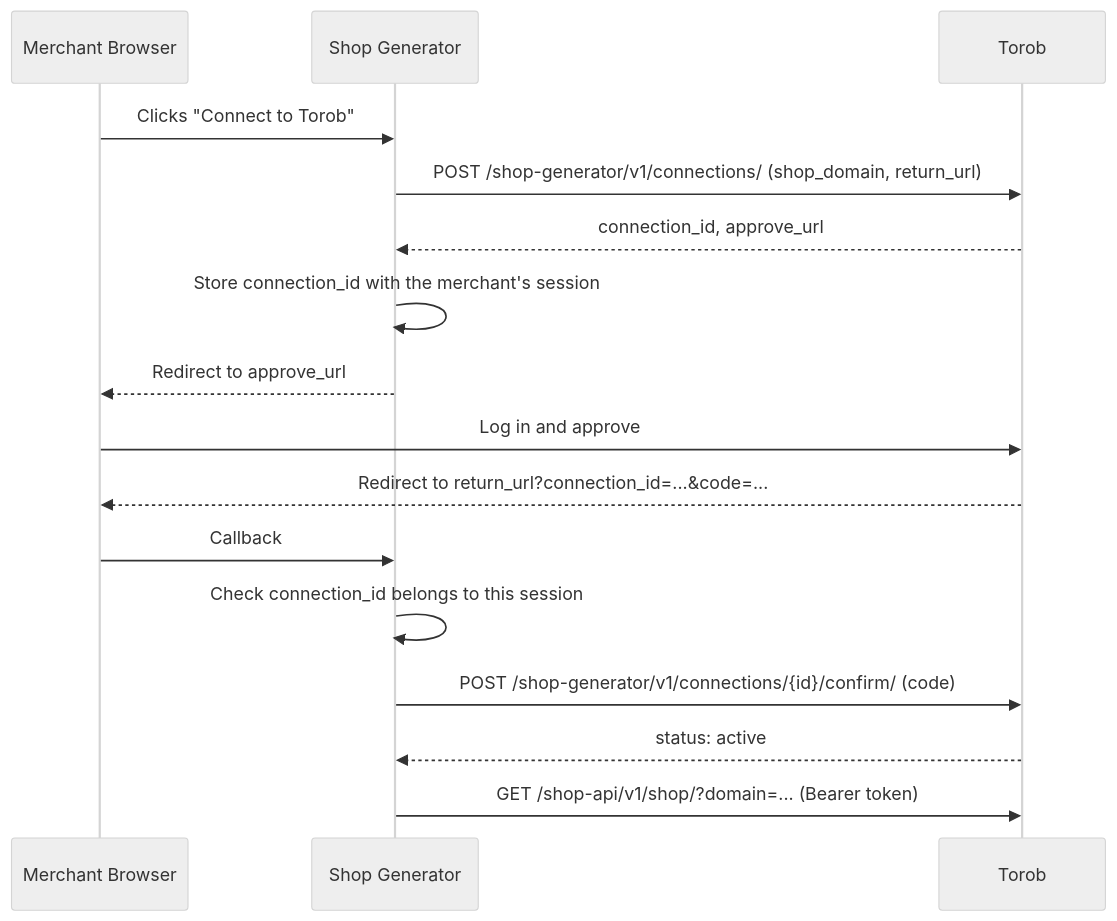
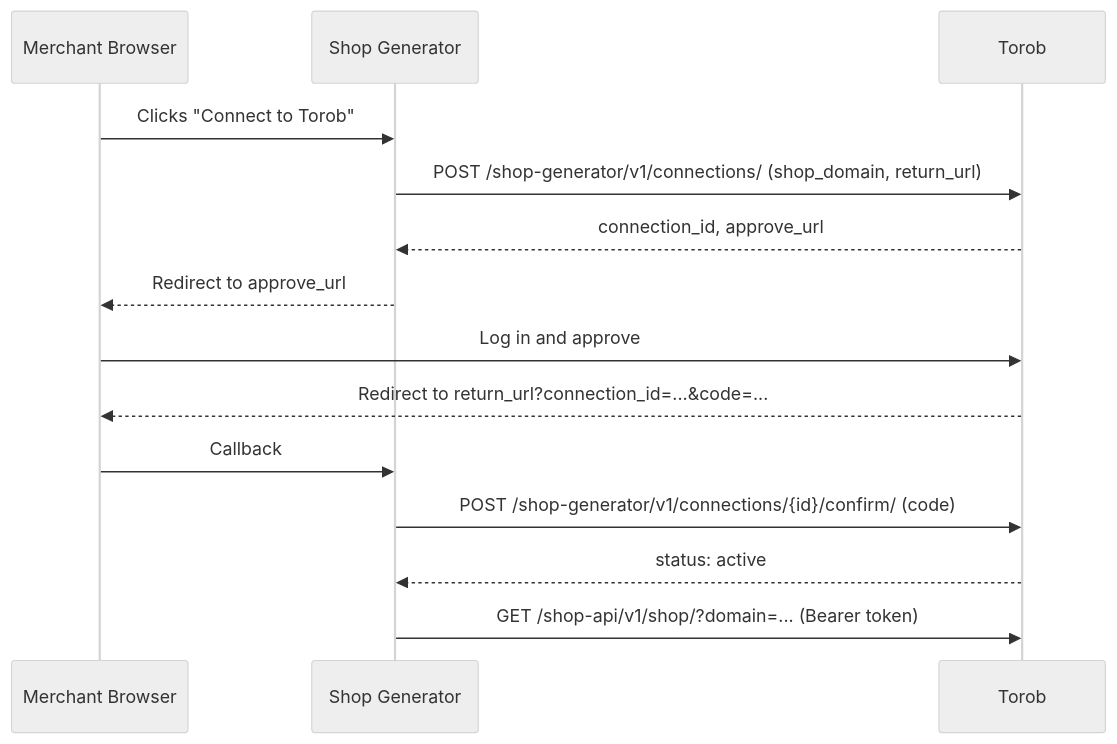
The diagram in shop_generator_connection.md (torob/Torob-Sync), drawn with Mermaid (neutral theme) before and after one commit. The commit also changed other lines of this file, not shown here.

Commit message:
Rewrite the shop generator connection doc as an API reference

````diff
--- a/shop_generator_connection.md
+++ b/shop_generator_connection.md
@@ -16,19 +25,17 @@
 ```mermaid
 sequenceDiagram
     participant Merchant Browser
     participant Shop Generator
     participant Torob
 
     Merchant Browser->>Shop Generator: Clicks "Connect to Torob"
     Shop Generator->>Torob: POST /shop-generator/v1/connections/ (shop_domain, return_url)
     Torob-->>Shop Generator: connection_id, approve_url
-    Shop Generator->>Shop Generator: Store connection_id with the merchant's session
     Shop Generator-->>Merchant Browser: Redirect to approve_url
     Merchant Browser->>Torob: Log in and approve
     Torob-->>Merchant Browser: Redirect to return_url?connection_id=...&code=...
     Merchant Browser->>Shop Generator: Callback
-    Shop Generator->>Shop Generator: Check connection_id belongs to this session
     Shop Generator->>Torob: POST /shop-generator/v1/connections/{id}/confirm/ (code)
     Torob-->>Shop Generator: status: active
     Shop Generator->>Torob: GET /shop-api/v1/shop/?domain=... (Bearer token)
 ```
````
